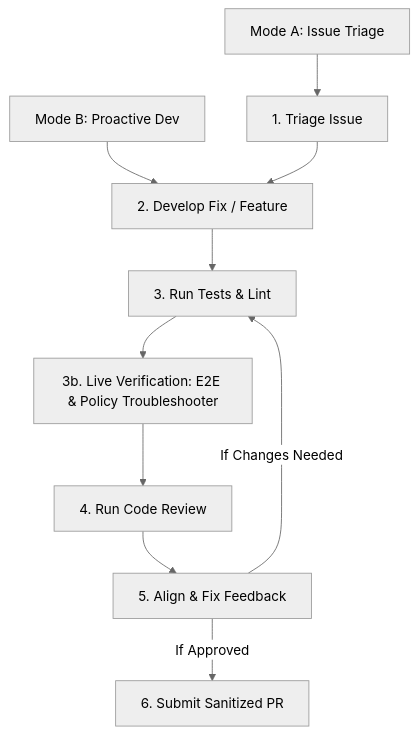
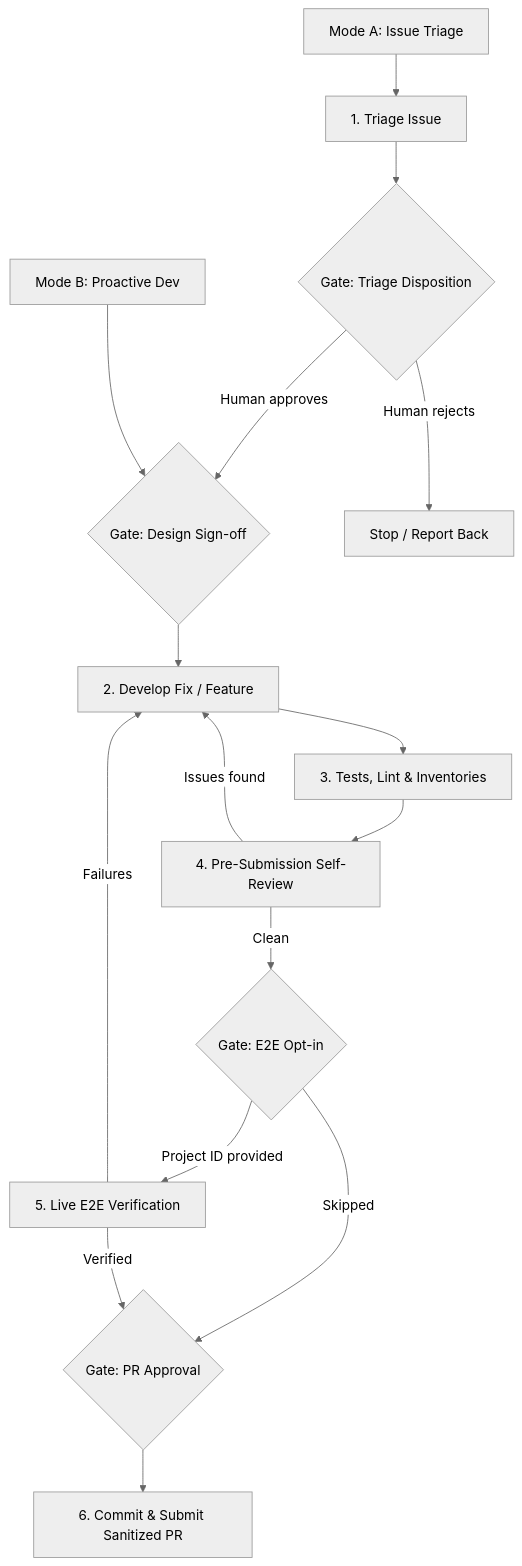
The diagram in skills/contributing/SKILL.md (GoogleCloudPlatform/cloud-foundation-fabric), drawn with Mermaid (neutral theme) before and after one commit. The commit also changed other lines of this file and 2 other files, not shown here.

````diff
--- a/skills/contributing/SKILL.md
+++ b/skills/contributing/SKILL.md
@@ -16,12 +29,18 @@
 ```mermaid
 graph TD
     M1[Mode A: Issue Triage] --> A[1. Triage Issue]
-    M2[Mode B: Proactive Dev] --> B[2. Develop Fix / Feature]
-    A --> B
-    B --> C[3. Run Tests & Lint]
-    C --> G[3b. Live Verification: E2E & Policy Troubleshooter]
-    G --> D[4. Run Code Review]
-    D --> E[5. Align & Fix Feedback]
-    E -->|If Changes Needed| C
-    E -->|If Approved| F[6. Submit Sanitized PR]
+    A --> GT{Gate: Triage Disposition}
+    GT -->|Human approves| GD{Gate: Design Sign-off}
+    GT -->|Human rejects| X[Stop / Report Back]
+    M2[Mode B: Proactive Dev] --> GD
+    GD --> B[2. Develop Fix / Feature]
+    B --> C[3. Tests, Lint & Inventories]
+    C --> D[4. Pre-Submission Self-Review]
+    D -->|Issues found| B
+    D -->|Clean| GE{Gate: E2E Opt-in}
+    GE -->|Project ID provided| G[5. Live E2E Verification]
+    GE -->|Skipped| GS{Gate: PR Approval}
+    G -->|Failures| B
+    G -->|Verified| GS
+    GS --> F[6. Commit & Submit Sanitized PR]
 ```
````
